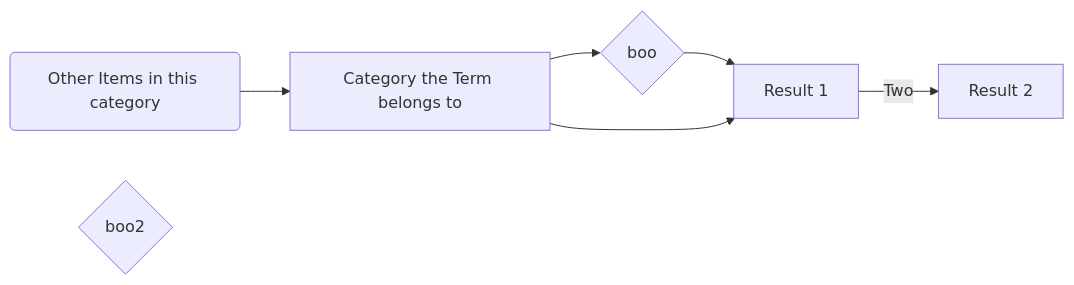
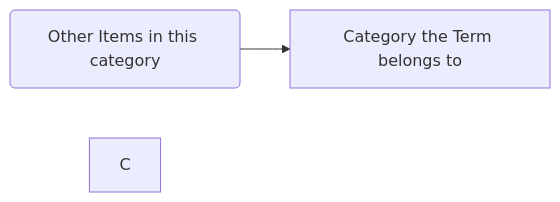
The diagram in slides.md (gerbssusd/dok), drawn with Mermaid before and after one commit.

````diff
--- a/slides.md
+++ b/slides.md
@@ -217,12 +217,9 @@
 ```mermaid {theme: 'neutral', scale: 0.8}
 graph LR
 A(Other Items in this category) --> B[Category the Term belongs to]
-B--> C{boo}-->D 
-B --> D[Result 1]
-D -->|Two| E[Result 2]
-H{boo2}
+C
 
 
 
 
 ```
````
